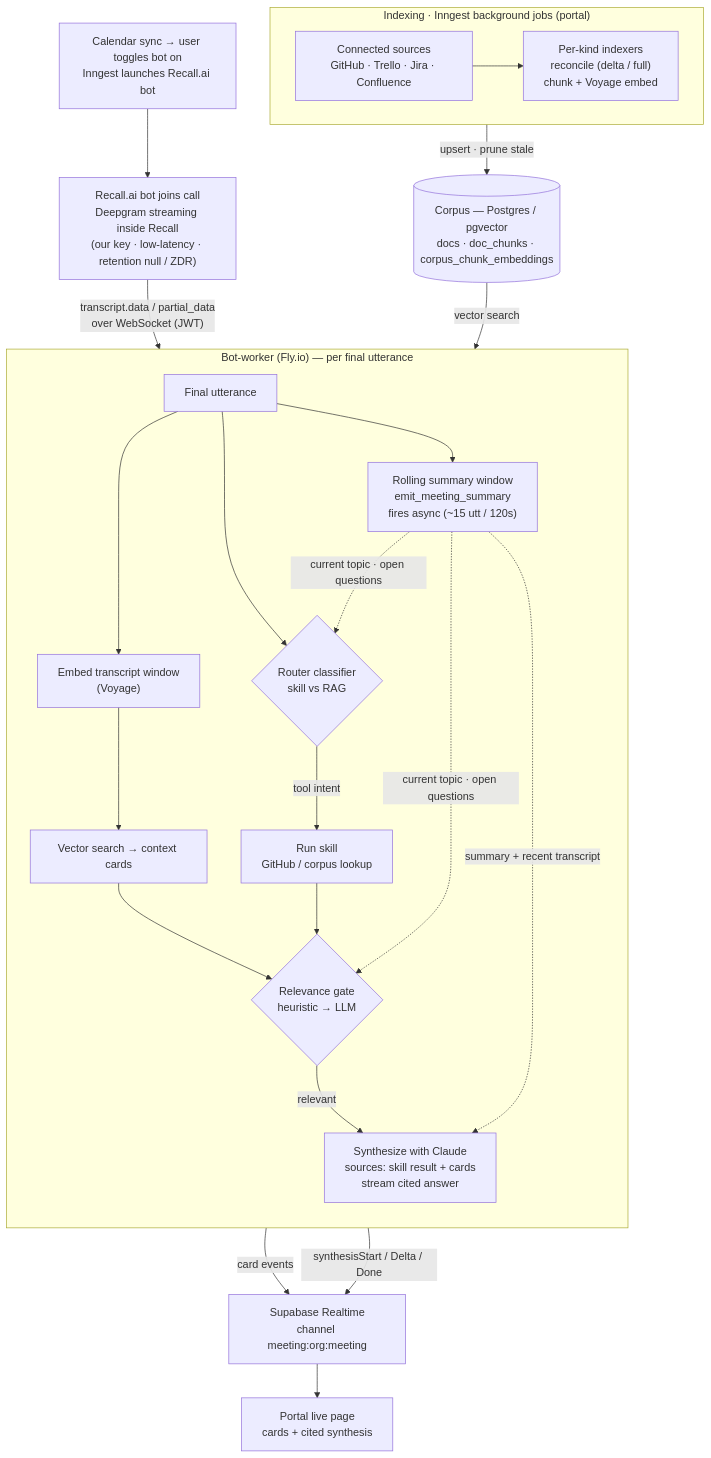
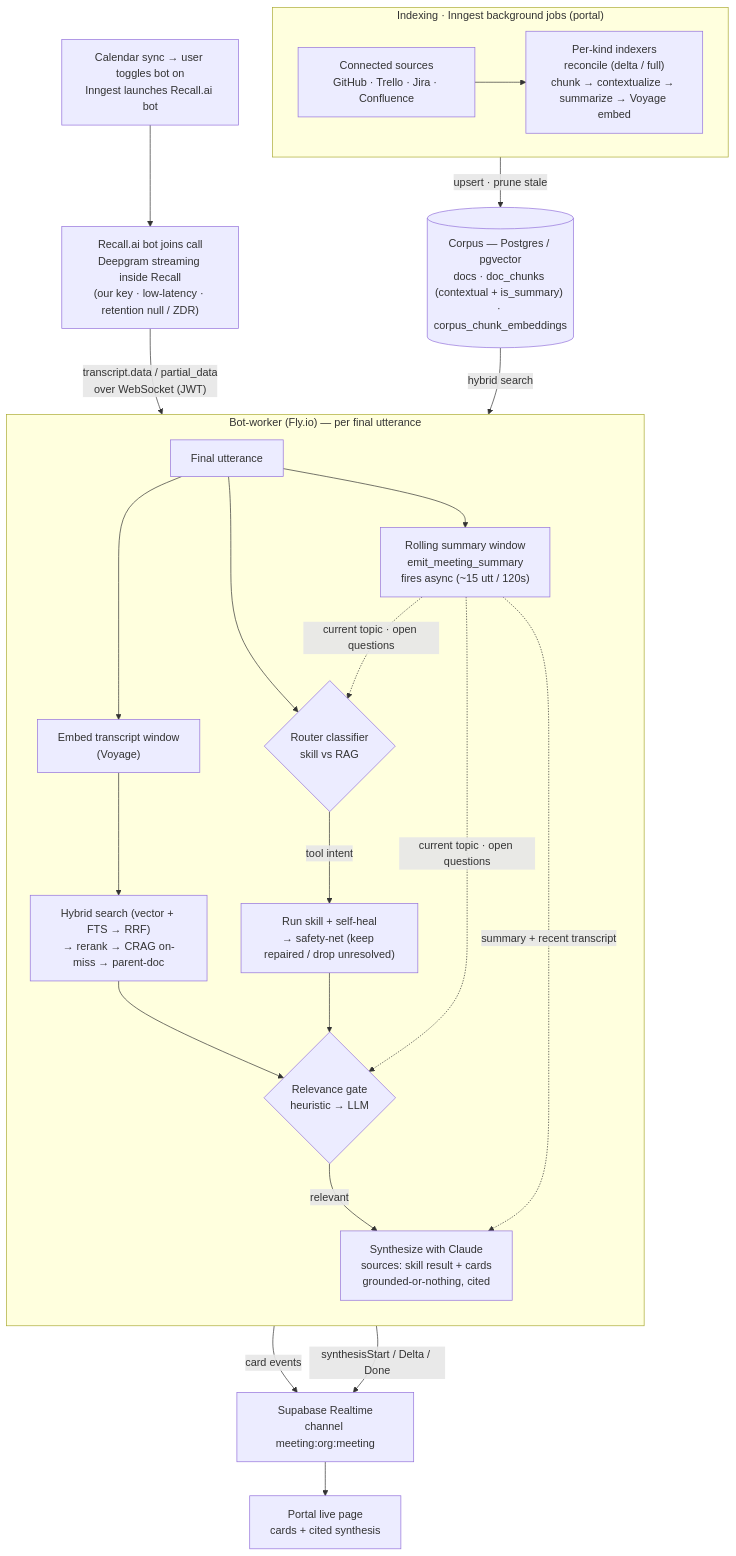
The diagram in README.md (onthecaseapps/risezome), drawn with Mermaid before and after one commit. The commit also changed other lines of this file and 5 other files, not shown here.

````diff
--- a/README.md
+++ b/README.md
@@ -20,47 +22,47 @@
 ```mermaid
 flowchart TB
   subgraph IDX["Indexing · Inngest background jobs (portal)"]
     direction LR
     SRC["Connected sources<br/>GitHub · Trello · Jira · Confluence"]
-    IXR["Per-kind indexers<br/>reconcile (delta / full)<br/>chunk + Voyage embed"]
+    IXR["Per-kind indexers<br/>reconcile (delta / full)<br/>chunk → contextualize → summarize → Voyage embed"]
     SRC --> IXR
   end
 
-  CORPUS[("Corpus — Postgres / pgvector<br/>docs · doc_chunks · corpus_chunk_embeddings")]
+  CORPUS[("Corpus — Postgres / pgvector<br/>docs · doc_chunks (contextual + is_summary) · corpus_chunk_embeddings")]
   IXR -->|"upsert · prune stale"| CORPUS
 
   CAL["Calendar sync → user toggles bot on<br/>Inngest launches Recall.ai bot"]
   BOT["Recall.ai bot joins call<br/>Deepgram streaming inside Recall<br/>(our key · low-latency · retention null / ZDR)"]
   CAL --> BOT
   BOT -->|"transcript.data / partial_data<br/>over WebSocket (JWT)"| UTT
 
   subgraph BW["Bot-worker (Fly.io) — per final utterance"]
     direction TB
     UTT["Final utterance"]
     SUMW["Rolling summary window<br/>emit_meeting_summary<br/>fires async (~15 utt / 120s)"]
     ROUTER{"Router classifier<br/>skill vs RAG"}
     EMB["Embed transcript window<br/>(Voyage)"]
-    RET["Vector search → context cards"]
-    SKILL["Run skill<br/>GitHub / corpus lookup"]
+    RET["Hybrid search (vector + FTS → RRF)<br/>→ rerank → CRAG on-miss → parent-doc"]
+    SKILL["Run skill + self-heal<br/>→ safety-net (keep repaired / drop unresolved)"]
     REL{"Relevance gate<br/>heuristic → LLM"}
-    SYN["Synthesize with Claude<br/>sources: skill result + cards<br/>stream cited answer"]
+    SYN["Synthesize with Claude<br/>sources: skill result + cards<br/>grounded-or-nothing, cited"]
 
     UTT --> SUMW
     UTT --> ROUTER
     UTT --> EMB --> RET
     ROUTER -->|"tool intent"| SKILL
     RET --> REL
     SKILL --> REL
     REL -->|"relevant"| SYN
   end
 
-  CORPUS -->|"vector search"| RET
+  CORPUS -->|"hybrid search"| RET
   SUMW -.->|"current topic · open questions"| ROUTER
   SUMW -.->|"current topic · open questions"| REL
   SUMW -.->|"summary + recent transcript"| SYN
 
   RT["Supabase Realtime<br/>channel meeting:org:meeting"]
   RET -->|"card events"| RT
   SYN -->|"synthesisStart / Delta / Done"| RT
   RT --> LIVE["Portal live page<br/>cards + cited synthesis"]
 ```
````
